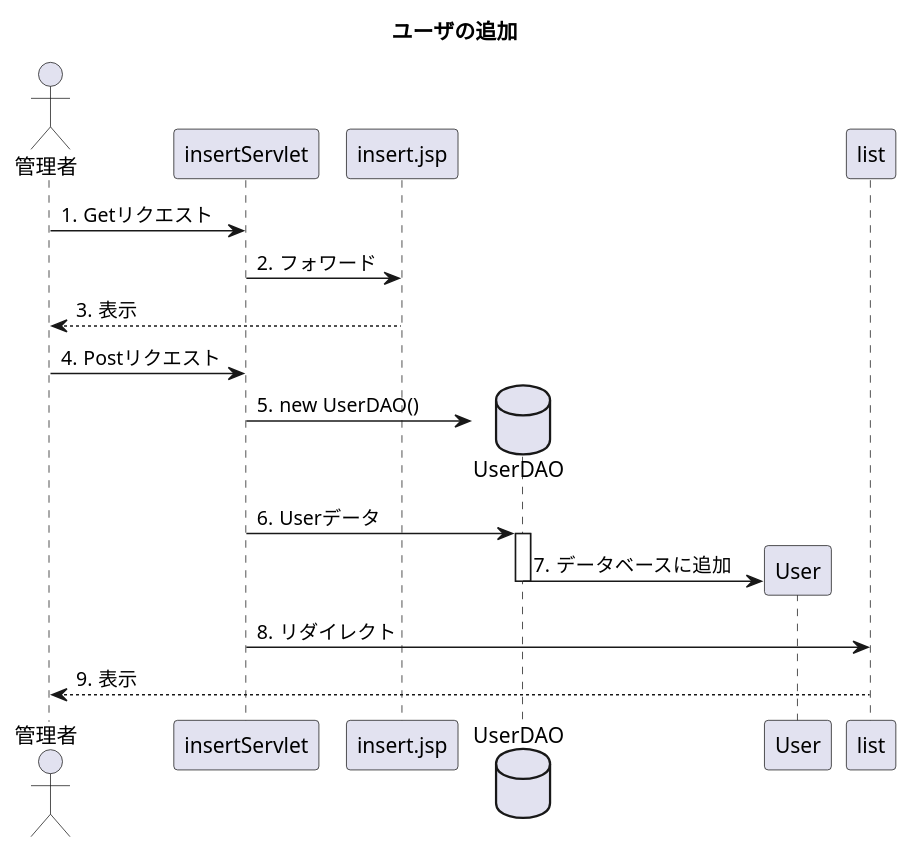
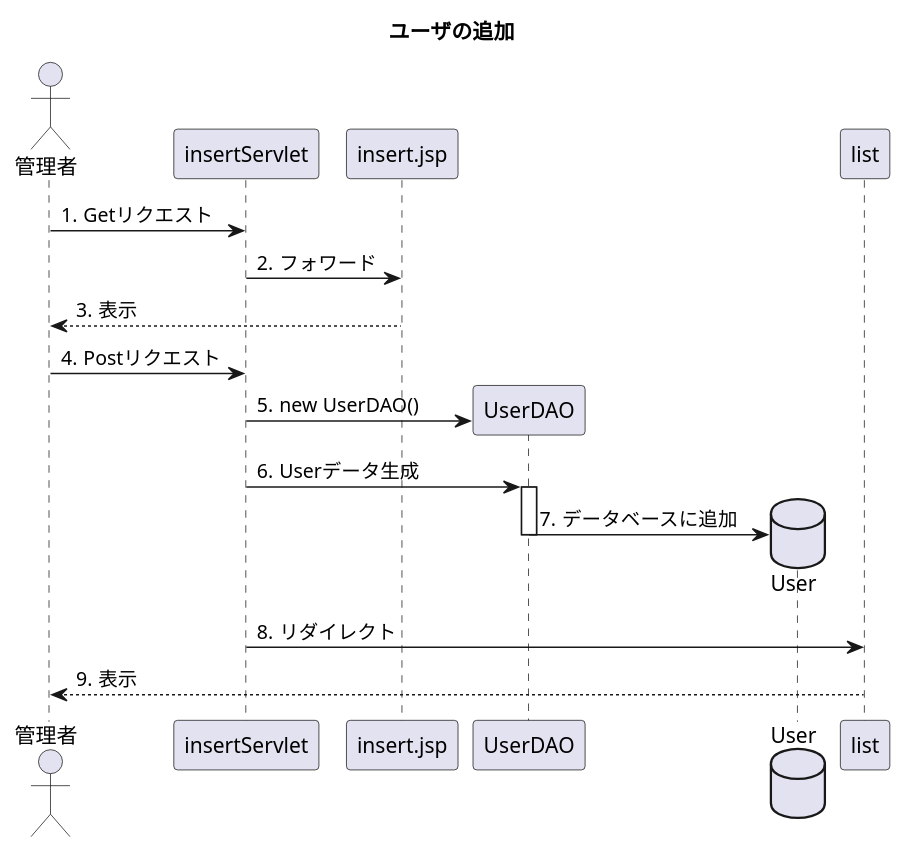
One commit to toufu66/ProjectC changed the diagram in uml_detail/seq_insert.pu. Above: the diagram before and after it, drawn with PlantUML.

Commit message:
詳細シーケンス ユーザ追加

```diff
--- a/uml_detail/seq_insert.pu
+++ b/uml_detail/seq_insert.pu
@@ -1,24 +1,24 @@
 @startuml
 title ユーザの追加
 
 autonumber "#."
 
 actor 管理者
 participant insertServlet
 participant insert.jsp
-database UserDAO
-participant User
+participant UserDAO
+database User
 
 
 管理者 -> insertServlet:Getリクエスト
 insertServlet -> insert.jsp:フォワード
 insert.jsp --> 管理者:表示
 管理者 -> insertServlet:Postリクエスト
 insertServlet -> UserDAO**:new UserDAO()
-insertServlet -> UserDAO++:Userデータ
+insertServlet -> UserDAO++:Userデータ生成
 UserDAO -> User**:データベースに追加
 UserDAO--
 insertServlet -> list:リダイレクト
 list --> 管理者:表示
 
 @enduml
```
